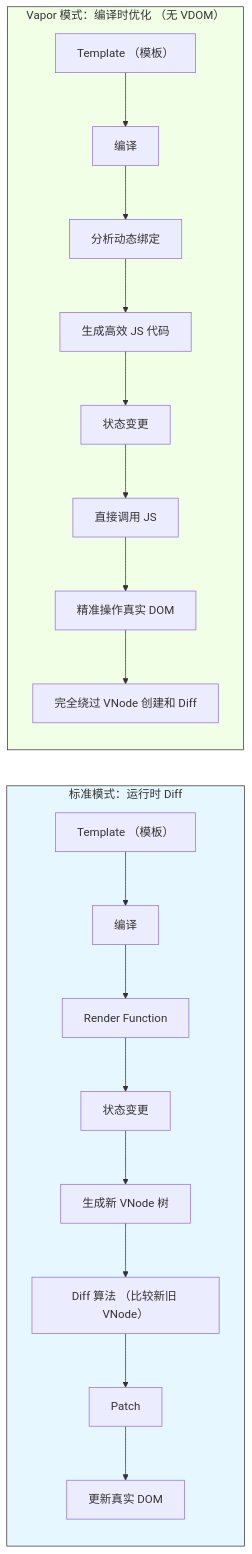
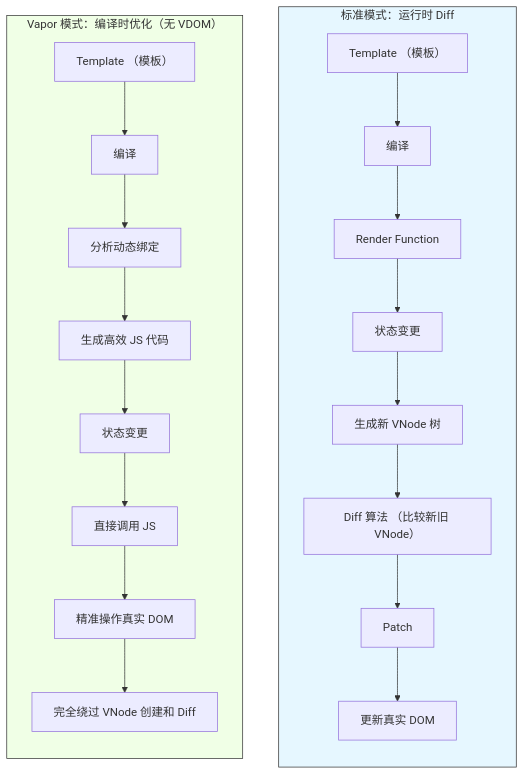
Before and after one commit to ChichengL/ChichengL.github.io: the fifth of 5 diagrams in docs/blog/FrontEnd/Framework/Vue-React/diff.md, drawn with Mermaid. The commit also changed other lines of this file and 10 other files, not shown here.

````diff
--- a/docs/blog/FrontEnd/Framework/Vue-React/diff.md
+++ b/docs/blog/FrontEnd/Framework/Vue-React/diff.md
@@ -399,27 +385,28 @@
 ```mermaid
-flowchart LR
+flowchart TD
     subgraph Standard[标准模式：运行时 Diff]
         direction TB
         A1[Template （模板）] --> A2[编译]
         A2 --> A3[Render Function]
         A3 --> A4[状态变更]
         A4 --> A5[生成新 VNode 树]
         A5 --> A6[Diff 算法 （比较新旧 VNode）]
         A6 --> A7[Patch]
         A7 --> A8[更新真实 DOM]
     end
 
-    subgraph Vapor[Vapor 模式：编译时优化 （无 VDOM）]
+    subgraph Vapor[Vapor 模式：编译时优化（无 VDOM）]
+	    
         direction TB
         B1[Template （模板）] --> B2[编译]
         B2 --> B3[分析动态绑定]
         B3 --> B4[生成高效 JS 代码]
         B4 --> B5[状态变更]
         B5 --> B6[直接调用 JS]
         B6 --> B7[精准操作真实 DOM]
         B7 --> B8[完全绕过 VNode 创建和 Diff]
     end
 
     style Standard fill:#e6f7ff,stroke:#333,stroke-width:1px
     style Vapor fill:#f0ffe6,stroke:#333,stroke-width:1px
 ```
````
